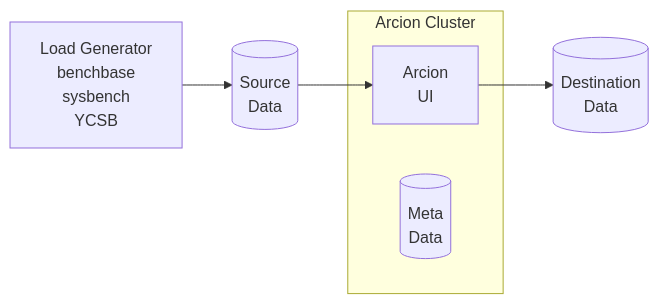
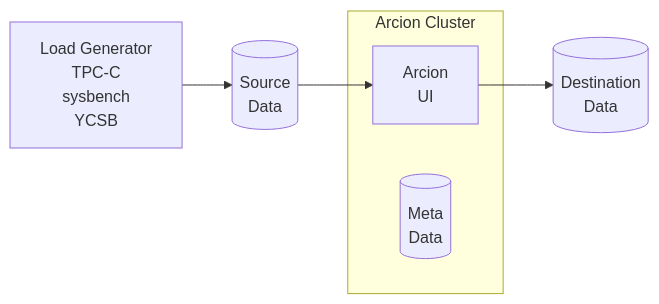
Before and after one commit to databricks/docker-dev: the diagram in README.md, drawn with Mermaid. The commit also changed other lines of this file and 5 other files, not shown here.

````diff
--- a/README.md
+++ b/README.md
@@ -9,10 +9,10 @@
 ```mermaid
 graph LR
-    L[Load Generator<br>benchbase<br>sysbench<br>YCSB] --> S
+    L[Load Generator<br>TPC-C<br>sysbench<br>YCSB] --> S
     subgraph Arcion Cluster
         A1
         M[(Meta <br>Data)]
     end
     S[(Source <br>Data)] --> A1[Arcion <br> UI]
     A1 --> T[(Destination<br>Data)]
 ```
````
